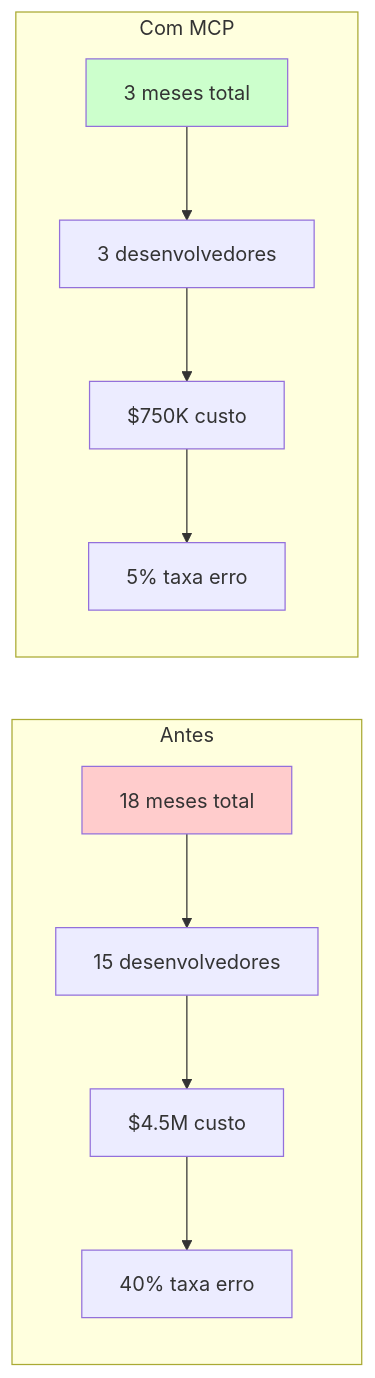
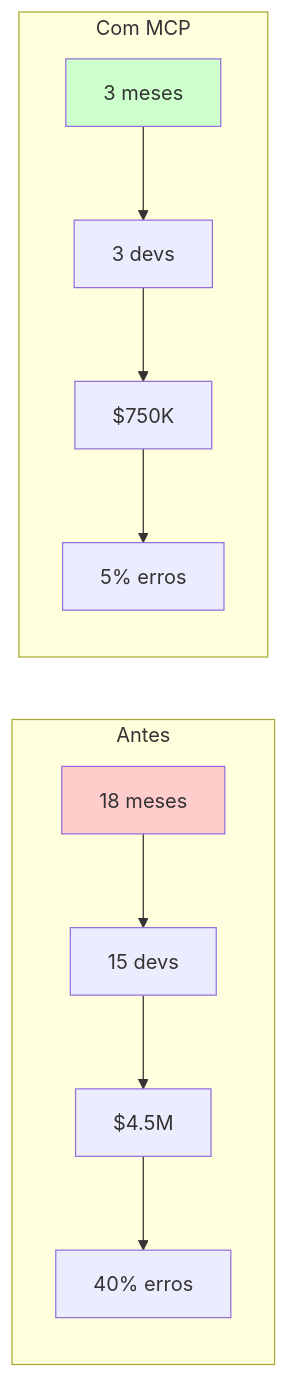
The seventh of 14 diagrams in AI/Comunicação/MCP/00-mcp-presentation-zero to hero.md (felipepimentel/my-public-notes), drawn with Mermaid before and after one commit. The commit also changed other lines of this file, not shown here.

````diff
--- a/AI/Comunicação/MCP/00-mcp-presentation-zero to hero.md
+++ b/AI/Comunicação/MCP/00-mcp-presentation-zero to hero.md
@@ -391,17 +165,17 @@
 ```mermaid
 graph LR
     subgraph "Antes"
-        B1[18 meses total] --> B2[15 desenvolvedores]
-        B2 --> B3[$4.5M custo]
-        B3 --> B4[40% taxa erro]
+        B1[18 meses] --> B2[15 devs]
+        B2 --> B3[$4.5M]
+        B3 --> B4[40% erros]
     end
     
     subgraph "Com MCP"
-        A1[3 meses total] --> A2[3 desenvolvedores]
-        A2 --> A3[$750K custo]
-        A3 --> A4[5% taxa erro]
+        A1[3 meses] --> A2[3 devs]
+        A2 --> A3[$750K]
+        A3 --> A4[5% erros]
     end
     
     style B1 fill:#ffcccc
     style A1 fill:#ccffcc
 ```
````
